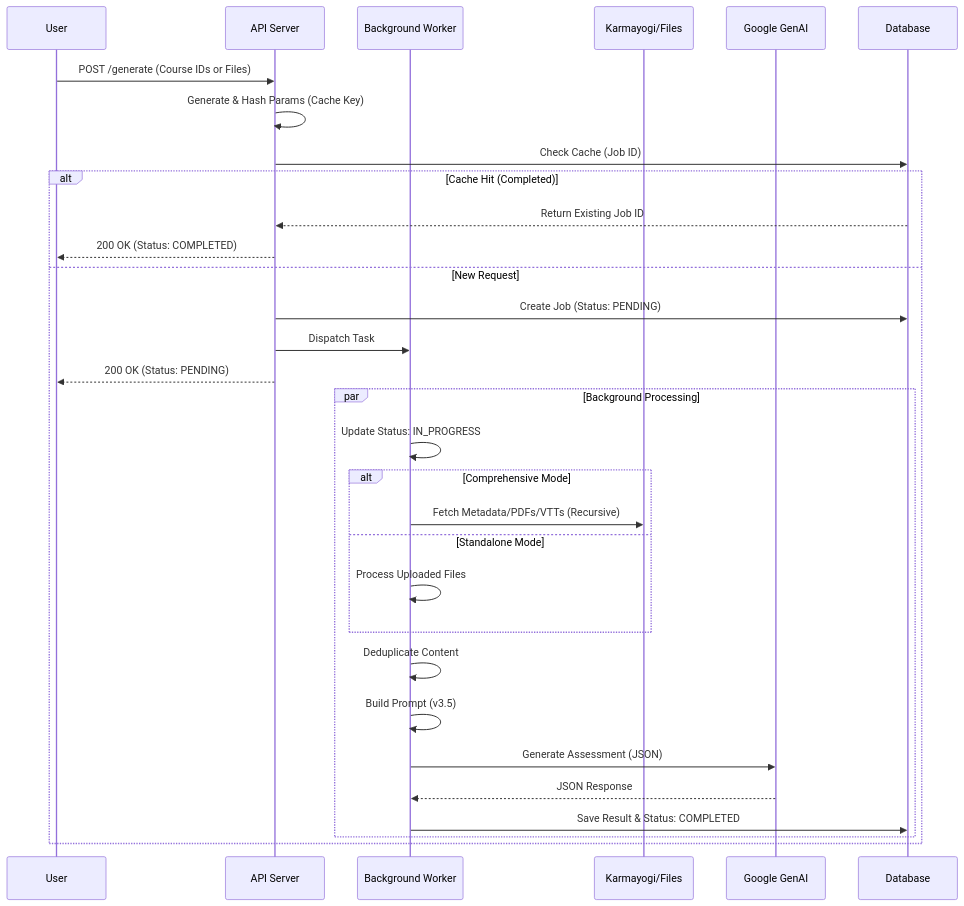
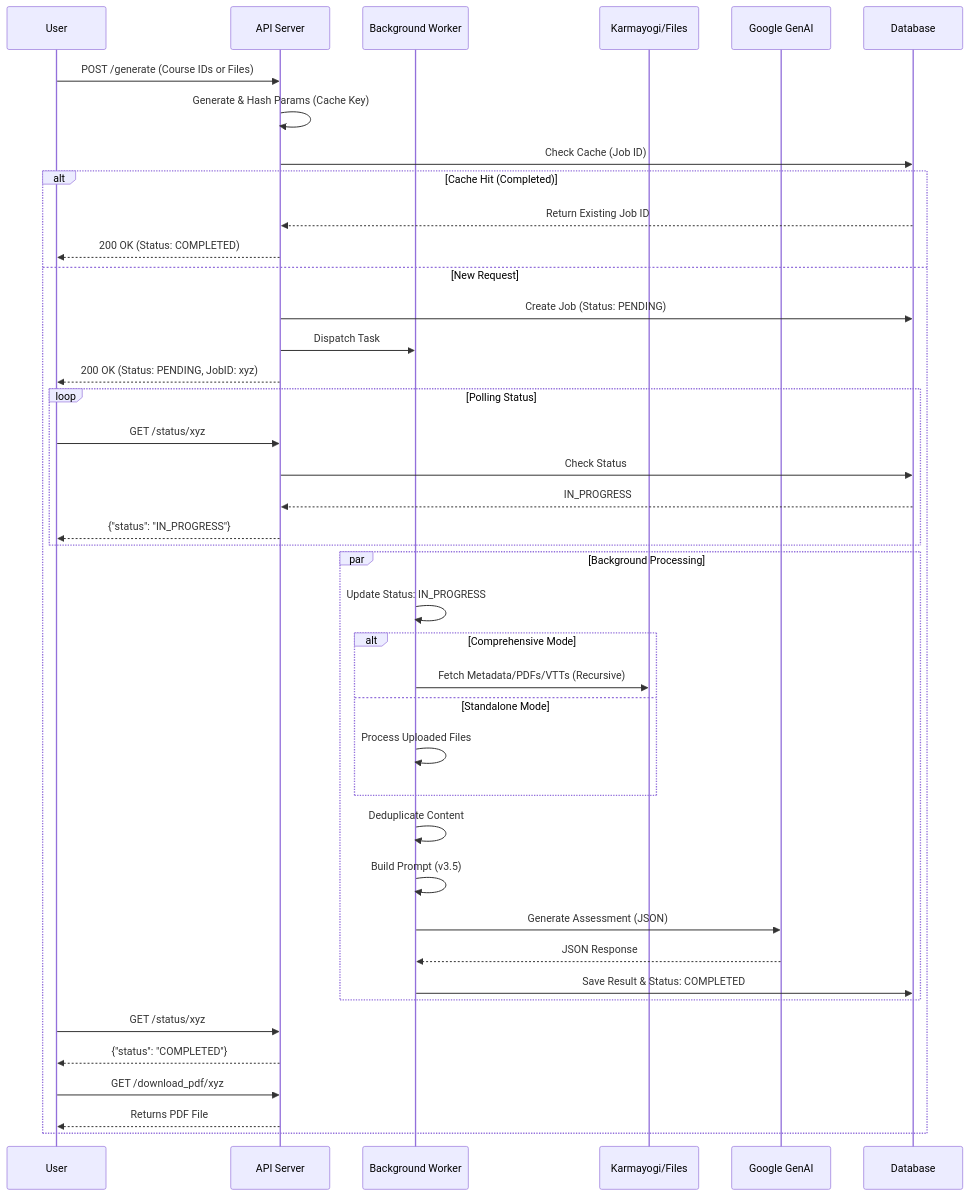
The second of 3 diagrams in architecture.md (KB-iGOT/ai-assessment-service), drawn with Mermaid before and after one commit. The commit also changed other lines of this file, not shown here.

Commit message:
docs: Add polling APIs and refine sequence diagram

````diff
--- a/architecture.md
+++ b/architecture.md
@@ -30,38 +30,50 @@
 ```mermaid
 sequenceDiagram
     participant User
     participant API as API Server
     participant Worker as Background Worker
     participant Ext as Karmayogi/Files
     participant LLM as Google GenAI
     participant DB as Database
 
     User->>API: POST /generate (Course IDs or Files)
     API->>API: Generate & Hash Params (Cache Key)
     API->>DB: Check Cache (Job ID)
     
     alt Cache Hit (Completed)
         DB-->>API: Return Existing Job ID
         API-->>User: 200 OK (Status: COMPLETED)
     else New Request
         API->>DB: Create Job (Status: PENDING)
         API->>Worker: Dispatch Task
-        API-->>User: 200 OK (Status: PENDING)
+        API-->>User: 200 OK (Status: PENDING, JobID: xyz)
+        
+        loop Polling Status
+            User->>API: GET /status/xyz
+            API->>DB: Check Status
+            DB-->>API: IN_PROGRESS
+            API-->>User: {"status": "IN_PROGRESS"}
+        end
         
         par Background Processing
             Worker->>Worker: Update Status: IN_PROGRESS
             
             alt Comprehensive Mode
                 Worker->>Ext: Fetch Metadata/PDFs/VTTs (Recursive)
             else Standalone Mode
                 Worker->>Worker: Process Uploaded Files
             end
             
             Worker->>Worker: Deduplicate Content
             Worker->>Worker: Build Prompt (v3.5)
             Worker->>LLM: Generate Assessment (JSON)
             LLM-->>Worker: JSON Response
             Worker->>DB: Save Result & Status: COMPLETED
         end
+        
+        User->>API: GET /status/xyz
+        API-->>User: {"status": "COMPLETED"}
+        User->>API: GET /download_pdf/xyz
+        API-->>User: Returns PDF File
     end
 ```
````
